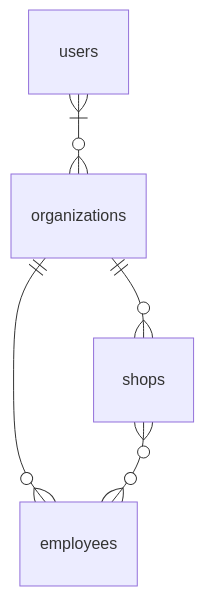
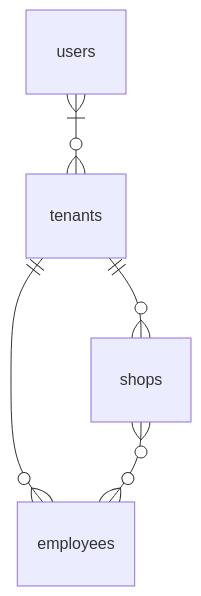
The first of 2 diagrams in README.md (qr-snap-order/qr-snap-order-backend), drawn with Mermaid before and after one commit. The commit also changed other lines of this file and 22 other files, not shown here.

````diff
--- a/README.md
+++ b/README.md
@@ -46,7 +46,7 @@
 ```mermaid
 erDiagram
-    users }|--o{ organizations : ""
-    organizations ||--o{ shops : ""
-    organizations ||--o{ employees : ""
+    users }|--o{ tenants : ""
+    tenants ||--o{ shops : ""
+    tenants ||--o{ employees : ""
     shops }o--o{ employees : ""
 ```
````
